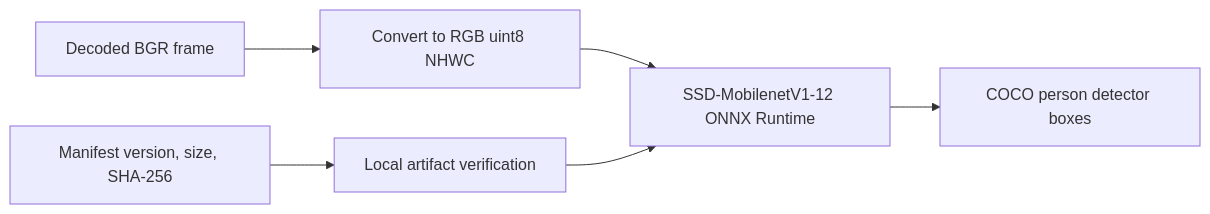
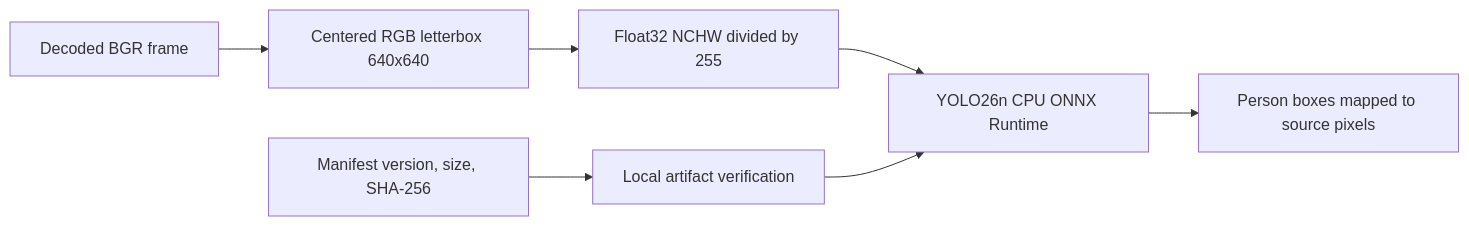
The diagram in docs/specs/worker/models.md (o0O96O0o/boulder-frame), drawn with Mermaid before and after one commit. The commit also changed other lines of this file and 28 other files, not shown here.

````diff
--- a/docs/specs/worker/models.md
+++ b/docs/specs/worker/models.md
@@ -13,8 +13,9 @@
 ```mermaid
 flowchart LR
-  F[Decoded BGR frame] --> R[Convert to RGB uint8 NHWC]
-  R --> D[SSD-MobilenetV1-12 ONNX Runtime]
-  D --> B[COCO person detector boxes]
+  F[Decoded BGR frame] --> R[Centered RGB letterbox 640x640]
+  R --> T[Float32 NCHW divided by 255]
+  T --> D[YOLO26n CPU ONNX Runtime]
+  D --> B[Person boxes mapped to source pixels]
   M[Manifest version, size, SHA-256] --> V[Local artifact verification]
   V --> D
 ```
````
